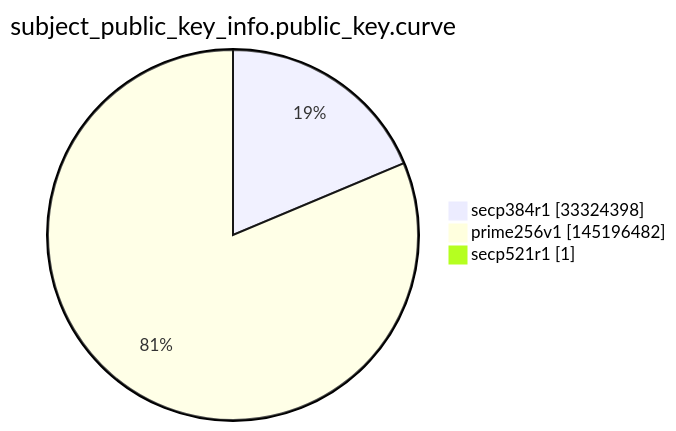
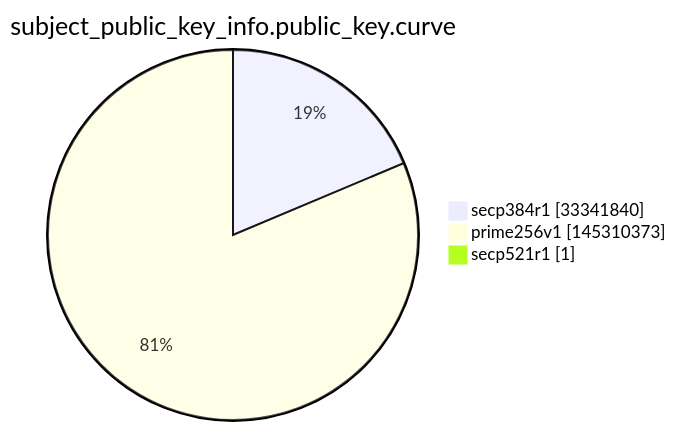
The ninth of 15 diagrams in argon2022/README.md (christiankrug/ctmonitor_visualization), drawn with Mermaid before and after one commit. The commit also changed other lines of this file, not shown here.

````diff
--- a/argon2022/README.md
+++ b/argon2022/README.md
@@ -2764,7 +2764,7 @@
 ```mermaid
 pie showData
 title subject_public_key_info.public_key.curve
-"secp384r1" :33324398
-"prime256v1" :145196482
+"secp384r1" :33341840
+"prime256v1" :145310373
 "secp521r1" :1
 ```
````
